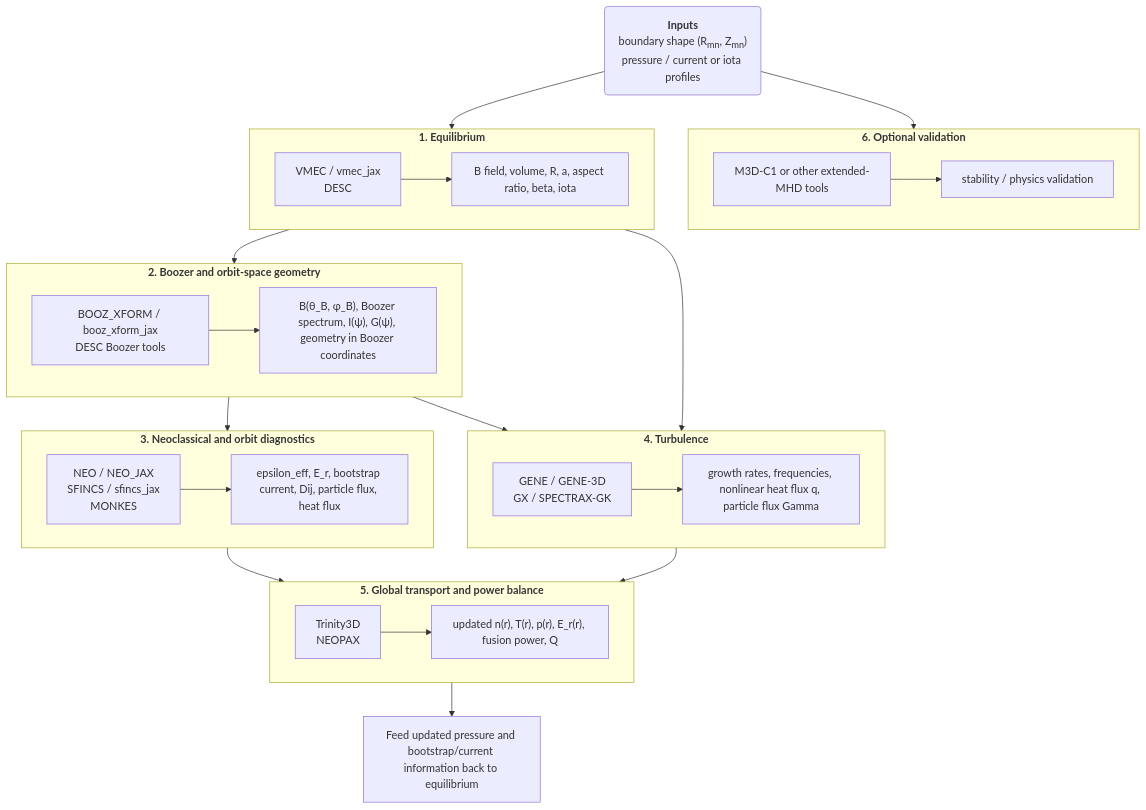
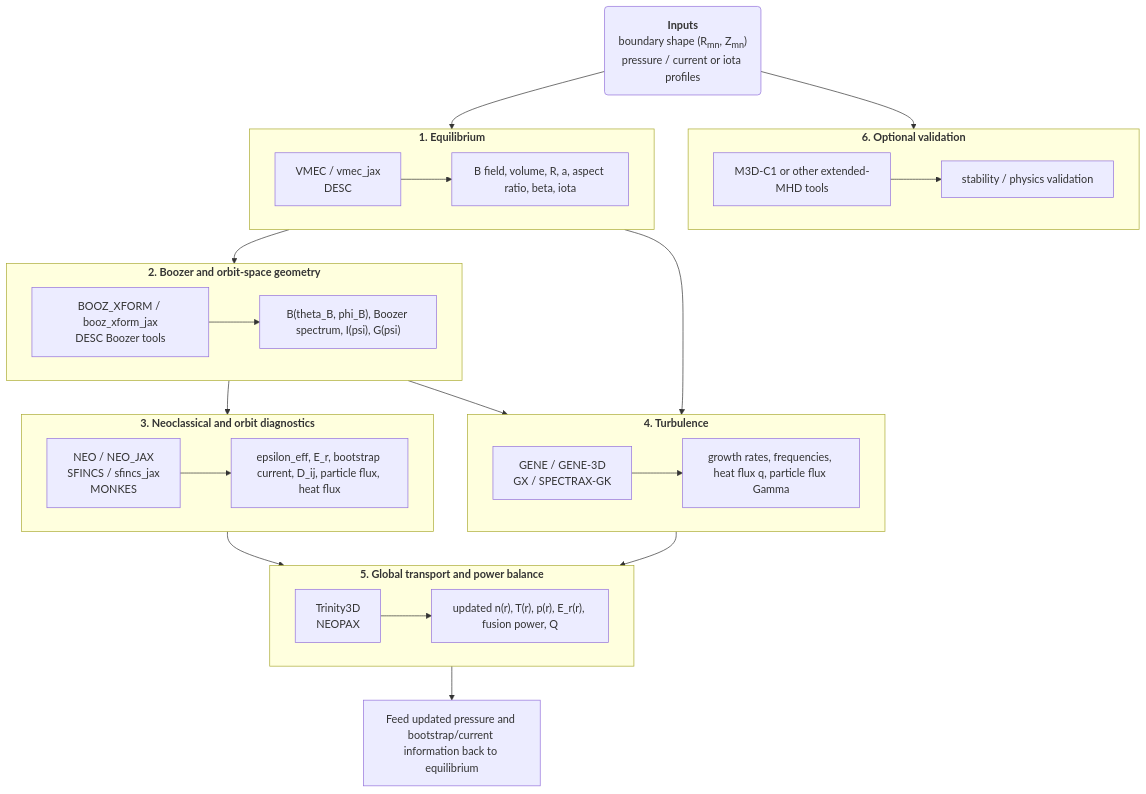
One commit to rogeriojorge/stellarator_workflow changed the diagram in README.md. Above: the diagram before and after it, drawn with Mermaid. The commit also changed other lines of this file and 3 other files, not shown here.

````diff
--- a/README.md
+++ b/README.md
@@ -61,41 +89,41 @@
 ```mermaid
 flowchart TD
     A("<b>Inputs</b><br/>boundary shape (R<sub>mn</sub>, Z<sub>mn</sub>)<br/>pressure / current or iota profiles") --> B
     A --> I
 
     subgraph B["<b>1. Equilibrium</b>"]
       B1["VMEC / vmec_jax<br/>DESC"] --> B2["B field, volume, R, a, aspect ratio, beta, iota"]
     end
 
     B --> C
 
     subgraph C["<b>2. Boozer and orbit-space geometry</b>"]
-      C1["BOOZ_XFORM / booz_xform_jax<br/>DESC Boozer tools"] --> C2["B(θ_B, φ_B), Boozer spectrum, I(ψ), G(ψ), geometry in Boozer coordinates"]
+      C1["BOOZ_XFORM / booz_xform_jax<br/>DESC Boozer tools"] --> C2["B(theta_B, phi_B), Boozer spectrum, I(psi), G(psi)"]
     end
 
     C --> D
 
     subgraph D["<b>3. Neoclassical and orbit diagnostics</b>"]
-      D1["NEO / NEO_JAX<br/>SFINCS / sfincs_jax<br/>MONKES"] --> D2["epsilon_eff, E_r, bootstrap current, Dij, particle flux, heat flux"]
+      D1["NEO / NEO_JAX<br/>SFINCS / sfincs_jax<br/>MONKES"] --> D2["epsilon_eff, E_r, bootstrap current, D_ij, particle flux, heat flux"]
     end
 
     B --> E
     C --> E
 
     subgraph E["<b>4. Turbulence</b>"]
-      E1["GENE / GENE-3D<br/>GX / SPECTRAX-GK"] --> E2["growth rates, frequencies, nonlinear heat flux q, particle flux Gamma"]
+      E1["GENE / GENE-3D<br/>GX / SPECTRAX-GK"] --> E2["growth rates, frequencies, heat flux q, particle flux Gamma"]
     end
 
     D --> F
     E --> F
 
     subgraph F["<b>5. Global transport and power balance</b>"]
       F1["Trinity3D<br/>NEOPAX"] --> F2["updated n(r), T(r), p(r), E_r(r), fusion power, Q"]
     end
 
     F --> G["Feed updated pressure and bootstrap/current information back to equilibrium"]
 
     subgraph I["<b>6. Optional validation</b>"]
       I1["M3D-C1 or other extended-MHD tools"] --> I2["stability / physics validation"]
     end
 ```
````
